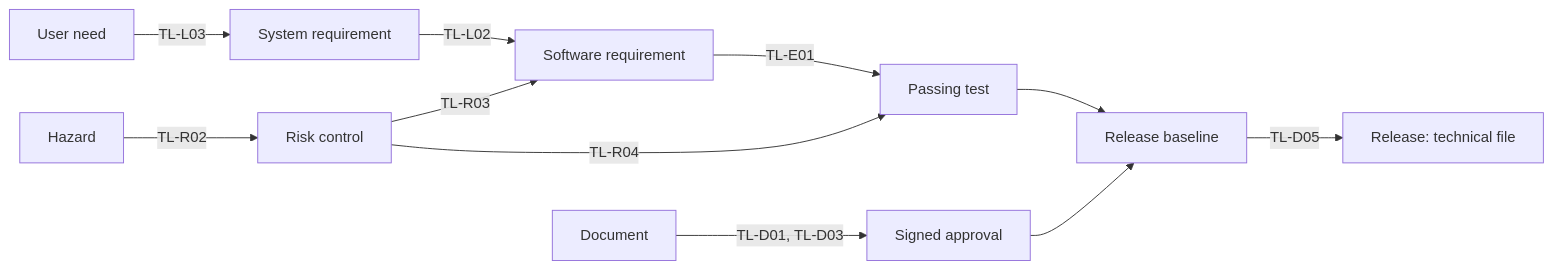
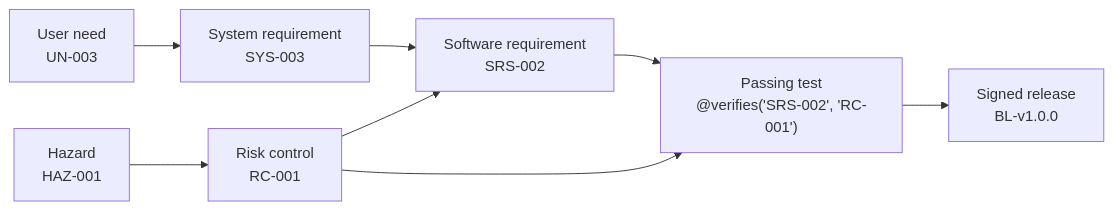
Before and after one commit to JFrusher/Threadline: the diagram in README.md, drawn with Mermaid. The commit also changed other lines of this file and 26 other files, not shown here.

````diff
--- a/README.md
+++ b/README.md
@@ -77,13 +74,10 @@
 ```mermaid
 flowchart LR
-  UN[User need] -->|TL-L03| SYS[System requirement]
-  SYS -->|TL-L02| SRS[Software requirement]
-  HAZ[Hazard] -->|TL-R02| RC[Risk control]
-  RC -->|TL-R03| SRS
-  SRS -->|TL-E01| TEST[Passing test]
-  RC -->|TL-R04| TEST
-  DOC[Document] -->|TL-D01, TL-D03| APR[Signed approval]
-  TEST --> BL[Release baseline]
-  APR --> BL
-  BL -->|TL-D05| REL[Release: technical file]
+    UN["User need<br/>UN-003"] --> SYS["System requirement<br/>SYS-003"]
+    SYS --> SRS["Software requirement<br/>SRS-002"]
+    HAZ["Hazard<br/>HAZ-001"] --> RC["Risk control<br/>RC-001"]
+    RC --> SRS
+    SRS --> T["Passing test<br/>@verifies('SRS-002', 'RC-001')"]
+    RC --> T
+    T --> REL["Signed release<br/>BL-v1.0.0"]
 ```
````
